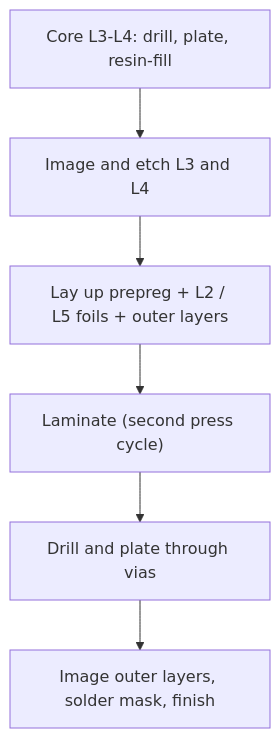
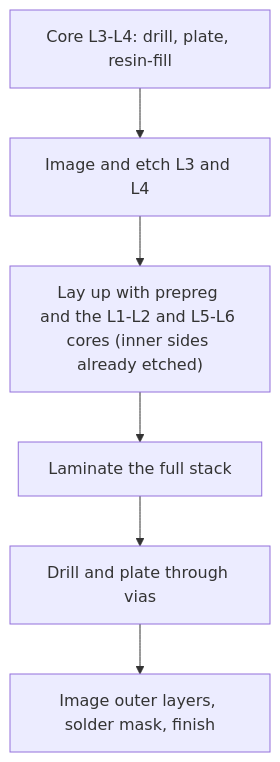
The diagram in content/questions/q0577.md (atallm7/monty-prep), drawn with Mermaid before and after one commit. The commit also changed other lines of this file and 101 other files, not shown here.

````diff
--- a/content/questions/q0577.md
+++ b/content/questions/q0577.md
@@ -157,8 +157,8 @@
 ```mermaid
 flowchart TB
   A["Core L3-L4: drill, plate, resin-fill"] --> B["Image and etch L3 and L4"]
-  B --> C["Lay up prepreg + L2 / L5 foils + outer layers"]
-  C --> D["Laminate (second press cycle)"]
+  B --> C["Lay up with prepreg and the L1-L2 and L5-L6 cores (inner sides already etched)"]
+  C --> D["Laminate the full stack"]
   D --> E["Drill and plate through vias"]
   E --> F["Image outer layers, solder mask, finish"]
 ```
````
